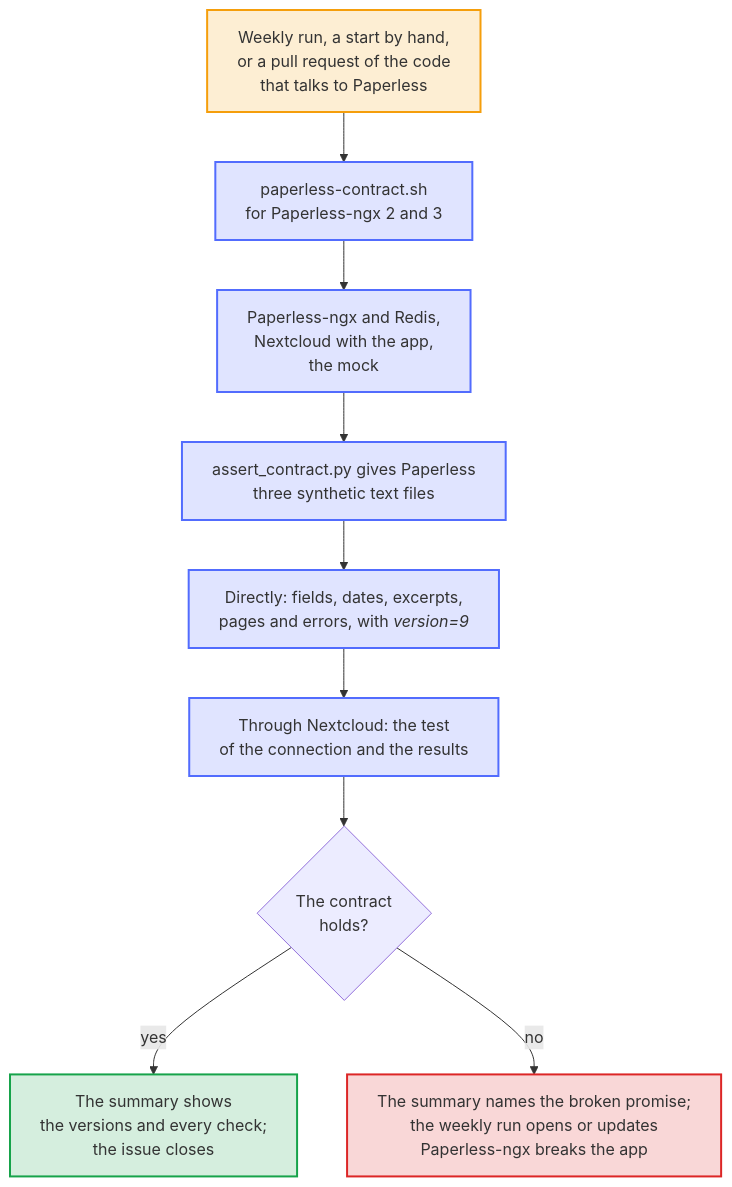
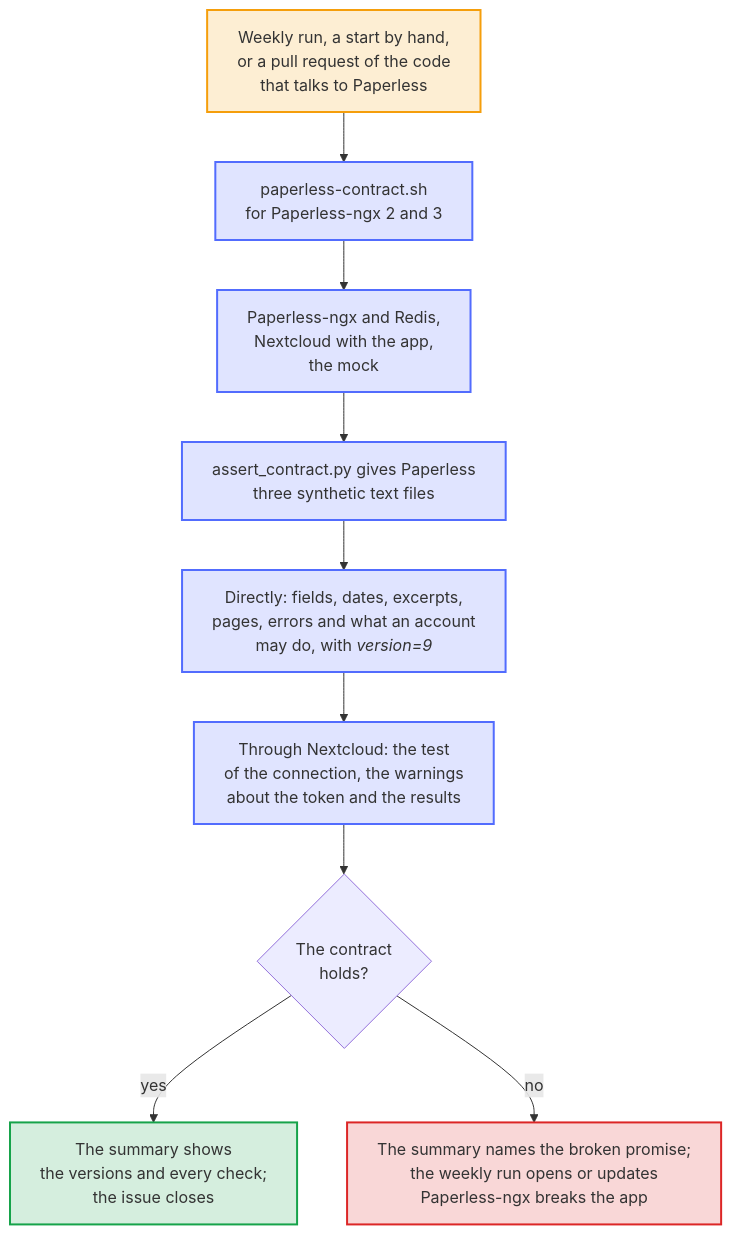
Before and after one commit to Dennis-Otto/paperless-unified-search: the diagram in docs/diagrams/the-contract-with-paperless.mmd, drawn with Mermaid. The commit also changed 66 other files, not shown here.

First line of the commit message:
feat(settings): warn when the API token can change documents or can't read the names that results show (#226)

```diff
--- a/docs/diagrams/the-contract-with-paperless.mmd
+++ b/docs/diagrams/the-contract-with-paperless.mmd
@@ -1,31 +1,31 @@
 ---
 config:
   flowchart:
     wrappingWidth: 400
 ---
 flowchart TB
     accTitle: The contract with a real Paperless-ngx
-    accDescr: Every Monday, when started by hand, and in a pull request that changes the code that talks to Paperless, the job paperless runs paperless-contract.sh for Paperless-ngx 2 and 3. It starts that Paperless with Redis, Nextcloud with the app and the mock, and assert_contract.py gives Paperless three synthetic text files. Then it checks, with the version of the API and the fields that the app asks for, the fields, dates, excerpts, pages and errors directly, and the test of the connection and the results through Nextcloud. The summary of the job shows the versions and every check. A failed weekly run opens or updates the issue Paperless-ngx breaks the app, and a run that passes closes it.
+    accDescr: Every Monday, when started by hand, and in a pull request that changes the code that talks to Paperless, the job paperless runs paperless-contract.sh for Paperless-ngx 2 and 3. It starts that Paperless with Redis, Nextcloud with the app and the mock, and assert_contract.py gives Paperless three synthetic text files. Then it checks, with the version of the API and the fields that the app asks for, the fields, dates, excerpts, pages and errors and what /api/ui_settings/ says an account may do directly, and the test of the connection, the warnings about the token and the results through Nextcloud. The summary of the job shows the versions and every check. A failed weekly run opens or updates the issue Paperless-ngx breaks the app, and a run that passes closes it.
 
     trigger["Weekly run, a start by hand,<br>or a pull request of the code<br>that talks to Paperless"]
     script["paperless-contract.sh<br>for Paperless-ngx 2 and 3"]
     start["Paperless-ngx and Redis,<br>Nextcloud with the app,<br>the mock"]
     seed["assert_contract.py gives Paperless<br>three synthetic text files"]
-    direct["`Directly: fields, dates, excerpts,<br>pages and errors, with *version=9*`"]
-    through["Through Nextcloud: the test<br>of the connection and the results"]
+    direct["`Directly: fields, dates, excerpts,<br>pages, errors and what an account<br>may do, with *version=9*`"]
+    through["Through Nextcloud: the test<br>of the connection, the warnings<br>about the token and the results"]
     holds{"The contract<br>holds?"}
     passed["The summary shows<br>the versions and every check;<br>the issue closes"]
     failed["The summary names the broken promise;<br>the weekly run opens or updates<br>Paperless-ngx breaks the app"]
 
     trigger --> script --> start --> seed --> direct --> through --> holds
     holds -- "yes" --> passed
     holds -- "no" --> failed
 
     classDef person fill:#f59e0b2e,stroke:#f59e0b,stroke-width:2px
     classDef bot fill:#526cfe2e,stroke:#526cfe,stroke-width:2px
     classDef done fill:#16a34a2e,stroke:#16a34a,stroke-width:2px
     classDef fail fill:#dc26262e,stroke:#dc2626,stroke-width:2px
     class trigger person
     class script,start,seed,direct,through bot
     class passed done
     class failed fail
```
